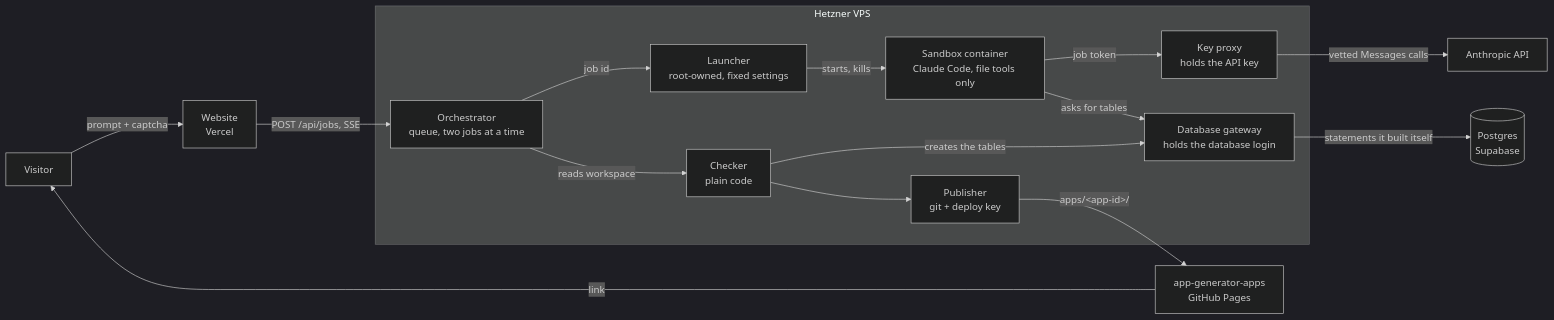
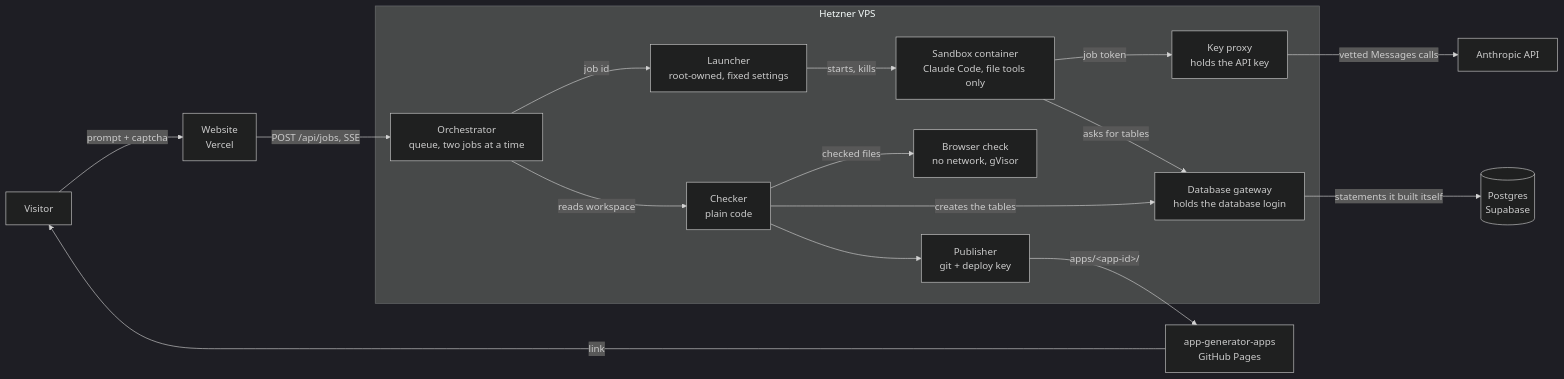
The diagram in README.md (LukasB3/app-generator), drawn with Mermaid (dark theme) before and after one commit. The commit also changed other lines of this file and 48 other files, not shown here.

First line of the commit message:
feat: open every checked app in a browser before it is published (#45)

````diff
--- a/README.md
+++ b/README.md
@@ -9,18 +9,19 @@
 ```mermaid
 flowchart LR
   V[Visitor] -->|prompt + captcha| W[Website<br/>Vercel]
   W -->|POST /api/jobs, SSE| O[Orchestrator<br/>queue, two jobs at a time]
   subgraph VPS[Hetzner VPS]
     O -->|job id| L[Launcher<br/>root-owned, fixed settings]
     L -->|starts, kills| S[Sandbox container<br/>Claude Code, file tools only]
     S -->|job token| P[Key proxy<br/>holds the API key]
     S -->|asks for tables| D[Database gateway<br/>holds the database login]
     O -->|reads workspace| C[Checker<br/>plain code]
+    C -->|checked files| X[Browser check<br/>no network, gVisor]
     C -->|creates the tables| D
     C --> G[Publisher<br/>git + deploy key]
   end
   P -->|vetted Messages calls| A[Anthropic API]
   D -->|statements it built itself| B[(Postgres<br/>Supabase)]
   G -->|apps/&lt;app-id&gt;/| R[app-generator-apps<br/>GitHub Pages]
   R -->|link| V
 ```
````
